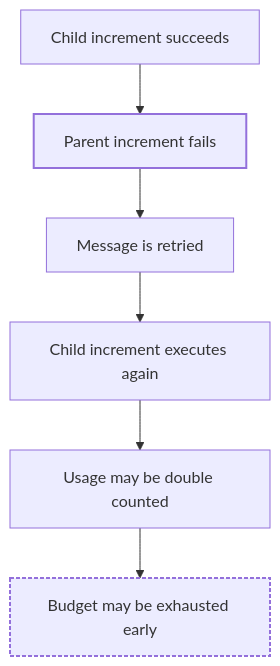
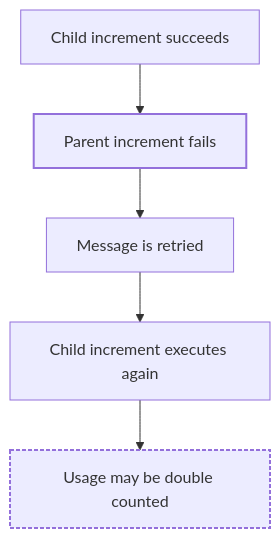
The diagram in README.md (furkandeveloper/fault-scout), drawn with Mermaid before and after one commit. The commit also changed other lines of this file and 10 other files, not shown here.

````diff
--- a/README.md
+++ b/README.md
@@ -191,20 +196,18 @@
 ```mermaid
 flowchart TD
     A[Child increment succeeds]
     B[Parent increment fails]
     C[Message is retried]
     D[Child increment executes again]
     E[Usage may be double counted]
-    F[Budget may be exhausted early]
 
     A --> B
     B --> C
     C --> D
     D --> E
-    E --> F
 
     classDef failure stroke-width:2px
     classDef consequence stroke-width:2px,stroke-dasharray: 4 2
     class B failure
-    class F consequence
+    class E consequence
 ```
````
